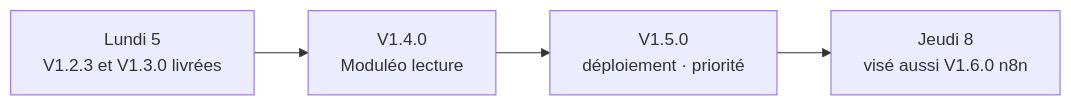
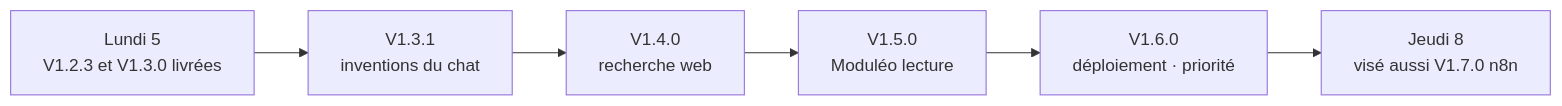
Before and after one commit to UlyssouLV/BBASS-Agents-IA: the second of 2 diagrams in README.md, drawn with Mermaid. The commit also changed other lines of this file and 4 other files, not shown here.

First line of the commit message:
Initialise la V1.3.1 — Le chat ne fige plus ses inventions

````diff
--- a/README.md
+++ b/README.md
@@ -37,6 +37,8 @@
 ```mermaid
 flowchart LR
-  L05["Lundi 5<br/>V1.2.3 et V1.3.0 livrées"] --> V140["V1.4.0<br/>Moduléo lecture"]
-  V140 --> V150["V1.5.0<br/>déploiement · priorité"]
-  V150 --> V08["Jeudi 8<br/>visé aussi V1.6.0 n8n"]
+  L05["Lundi 5<br/>V1.2.3 et V1.3.0 livrées"] --> V131["V1.3.1<br/>inventions du chat"]
+  V131 --> V140["V1.4.0<br/>recherche web"]
+  V140 --> V150["V1.5.0<br/>Moduléo lecture"]
+  V150 --> V160["V1.6.0<br/>déploiement · priorité"]
+  V160 --> V08["Jeudi 8<br/>visé aussi V1.7.0 n8n"]
 ```
````
